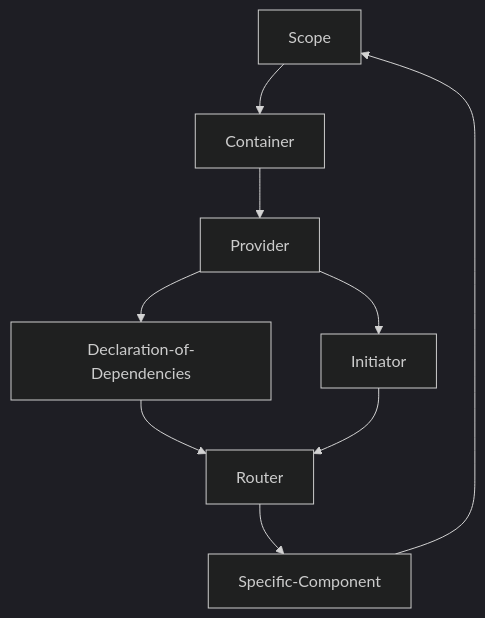
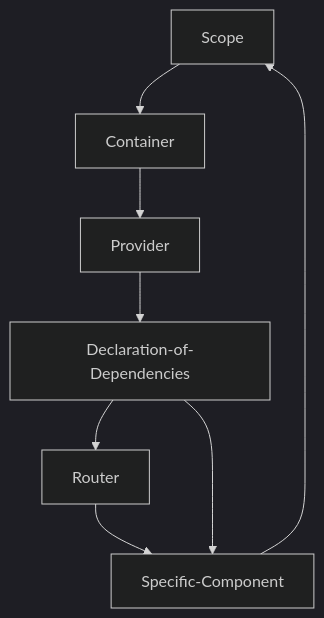
Before and after one commit to Frontend-Stars/react-guideline: the diagram in README.md, drawn with Mermaid (dark theme).

Commit message:
update diagram

````diff
--- a/README.md
+++ b/README.md
@@ -22,11 +22,10 @@
 ```mermaid
 graph TD;
     Scope-->Container;
     Container-->Provider;
-    Provider-->Initiator;
     Provider-->Declaration-of-Dependencies;
     Declaration-of-Dependencies-->Router;
-    Initiator-->Router;
     Router-->Specific-Component;
+    Declaration-of-Dependencies-->Specific-Component;
     Specific-Component-->Scope;
 ```
````
